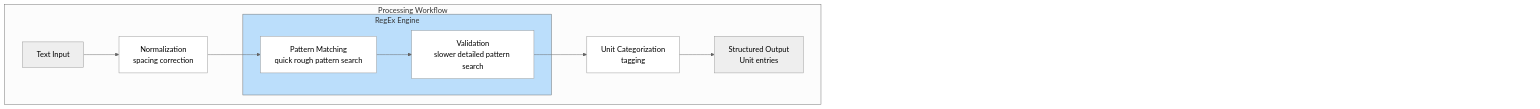
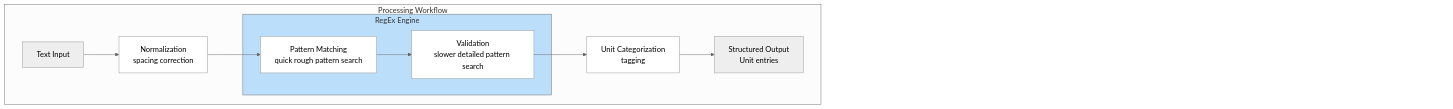
One commit to seanox/seanox-ai-nlp changed the diagram in seanox_ai_nlp/units/README.md. Above: the diagram before and after it, drawn with Mermaid.

Commit message:
#0000 Documentation: Update of content

````diff
--- a/seanox_ai_nlp/units/README.md
+++ b/seanox_ai_nlp/units/README.md
@@ -705,31 +705,31 @@
 ```mermaid
 ---
 config:
   theme: neutral
 ---
 flowchart TD
-    R["1234567890123456789012345678901234567890123456789012345678901234567890"]
+    R["123456789012345678901234567890123456789012345678901234567890"]
     subgraph subGraphWorkflow["Processing Workflow"]
         A["Text Input"]
         B["Normalization<br/>spacing correction"]
         subgraph subGraphRegExEngine["RegEx Engine"]
             C["Pattern Matching<br/>quick rough pattern search"]
             D["Validation<br/>slower detailed pattern search"]
         end
         E["Unit Categorization<br/>tagging"]
         F["Structured Output<br>Unit entries"]
     end
-    L["1234567890123456789012345678901234567890123456789012345678901234567890"]
+    L["123456789012345678901234567890123456789012345678901234567890"]
     A --> B
     B --> C
     C --> D
     D --> E
     E --> F
     style subGraphRegExEngine fill:#BBDEFB  
     style B fill:#FFFFFF
     style C fill:#FFFFFF
     style D fill:#FFFFFF
     style E fill:#FFFFFF
     style L fill:#FFFFFF,stroke:#FFFFFF,stroke-width:0px,color:#FFFFFF
     style R fill:#FFFFFF,stroke:#FFFFFF,stroke-width:0px,color:#FFFFFF
 ```
````
